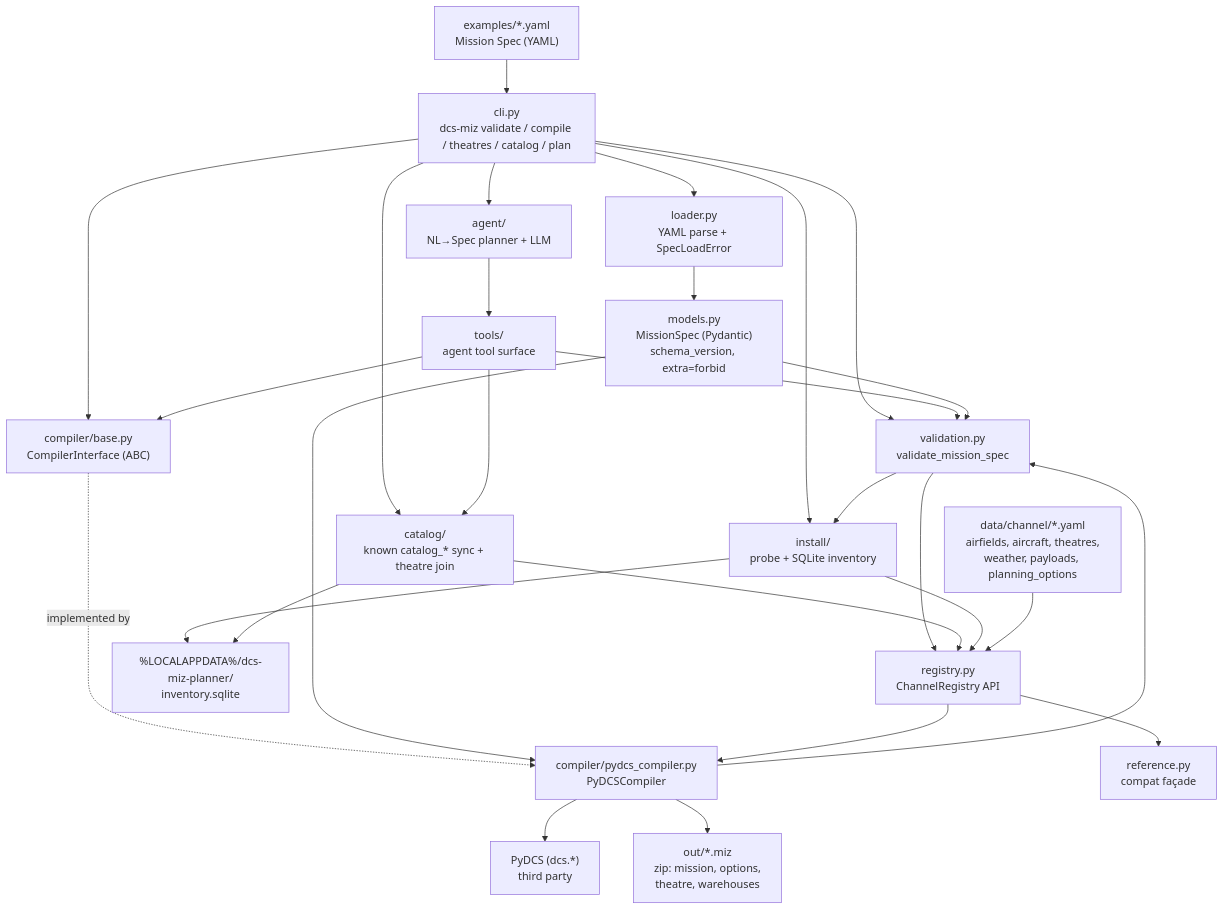
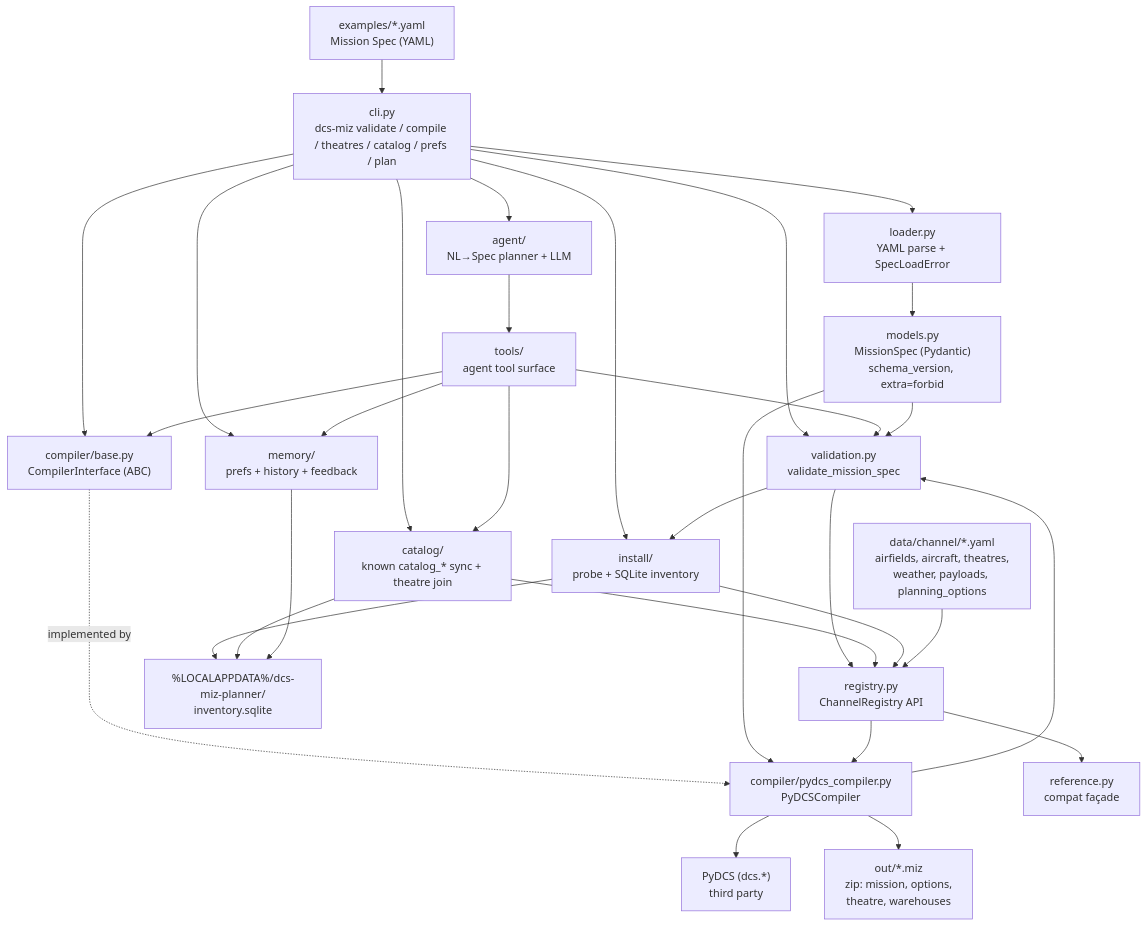
The diagram in docs/ARCHITECTURE.md (amalaguti/dcs-miz-planner-agentic), drawn with Mermaid before and after one commit. The commit also changed other lines of this file and 25 other files, not shown here.

First line of the commit message:
Add local user prefs, generation history, and feedback memory.

````diff
--- a/docs/ARCHITECTURE.md
+++ b/docs/ARCHITECTURE.md
@@ -12,46 +12,50 @@
 ```mermaid
 flowchart TD
     yaml["examples/*.yaml<br/>Mission Spec (YAML)"]
-    cli["cli.py<br/>dcs-miz validate / compile / theatres / catalog / plan"]
+    cli["cli.py<br/>dcs-miz validate / compile / theatres / catalog / prefs / plan"]
     loader["loader.py<br/>YAML parse + SpecLoadError"]
     models["models.py<br/>MissionSpec (Pydantic)<br/>schema_version, extra=forbid"]
     validation["validation.py<br/>validate_mission_spec"]
     base["compiler/base.py<br/>CompilerInterface (ABC)"]
     pydcs["compiler/pydcs_compiler.py<br/>PyDCSCompiler"]
     registry["registry.py<br/>ChannelRegistry API"]
     data["data/channel/*.yaml<br/>airfields, aircraft, theatres,<br/>weather, payloads, planning_options"]
     catalog["catalog/<br/>known catalog_* sync + theatre join"]
     tools["tools/<br/>agent tool surface"]
     agent["agent/<br/>NL→Spec planner + LLM"]
     install["install/<br/>probe + SQLite inventory"]
+    memory["memory/<br/>prefs + history + feedback"]
     invdb["%LOCALAPPDATA%/dcs-miz-planner/<br/>inventory.sqlite"]
     ref["reference.py<br/>compat façade"]
     lib["PyDCS (dcs.*)<br/>third party"]
     miz["out/*.miz<br/>zip: mission, options,<br/>theatre, warehouses"]
 
     yaml --> cli --> loader --> models
     cli --> validation
     cli --> base
     cli --> install
     cli --> catalog
     cli --> agent
+    cli --> memory
     agent --> tools
     tools --> catalog
+    tools --> memory
     tools --> validation
     tools --> base
     models --> validation
     validation --> registry
     validation --> install
     install --> invdb
     catalog --> invdb
+    memory --> invdb
     catalog --> registry
     install --> registry
     base -.implemented by.-> pydcs
     models --> pydcs
     pydcs --> validation
     data --> registry
     registry --> pydcs
     registry --> ref
     pydcs --> lib
     pydcs --> miz
 ```
````
